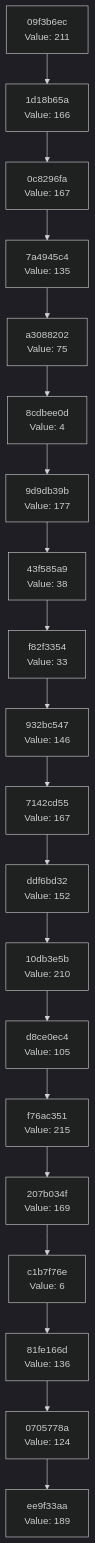
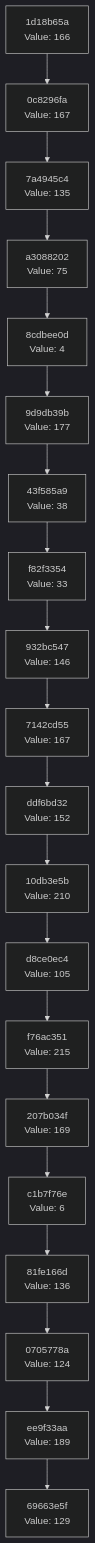
The diagram in docs/CHAIN_VISUALIZATION.md (Abhisheksinha1506/hash-chain-evolver), drawn with Mermaid (dark theme) before and after one commit. The commit also changed 2 other files, not shown here.

Commit message:
Evolution Step

````diff
--- a/docs/CHAIN_VISUALIZATION.md
+++ b/docs/CHAIN_VISUALIZATION.md
@@ -3,42 +3,42 @@
 ```mermaid
 graph TD
-    C0["ee9f33aa<br/>Value: 189"]
-    C1["0705778a<br/>Value: 124"]
+    C0["69663e5f<br/>Value: 129"]
+    C1["ee9f33aa<br/>Value: 189"]
     C1 --> C0
-    C2["81fe166d<br/>Value: 136"]
+    C2["0705778a<br/>Value: 124"]
     C2 --> C1
-    C3["c1b7f76e<br/>Value: 6"]
+    C3["81fe166d<br/>Value: 136"]
     C3 --> C2
-    C4["207b034f<br/>Value: 169"]
+    C4["c1b7f76e<br/>Value: 6"]
     C4 --> C3
-    C5["f76ac351<br/>Value: 215"]
+    C5["207b034f<br/>Value: 169"]
     C5 --> C4
-    C6["d8ce0ec4<br/>Value: 105"]
+    C6["f76ac351<br/>Value: 215"]
     C6 --> C5
-    C7["10db3e5b<br/>Value: 210"]
+    C7["d8ce0ec4<br/>Value: 105"]
     C7 --> C6
-    C8["ddf6bd32<br/>Value: 152"]
+    C8["10db3e5b<br/>Value: 210"]
     C8 --> C7
-    C9["7142cd55<br/>Value: 167"]
+    C9["ddf6bd32<br/>Value: 152"]
     C9 --> C8
-    C10["932bc547<br/>Value: 146"]
+    C10["7142cd55<br/>Value: 167"]
     C10 --> C9
-    C11["f82f3354<br/>Value: 33"]
+    C11["932bc547<br/>Value: 146"]
     C11 --> C10
-    C12["43f585a9<br/>Value: 38"]
+    C12["f82f3354<br/>Value: 33"]
     C12 --> C11
-    C13["9d9db39b<br/>Value: 177"]
+    C13["43f585a9<br/>Value: 38"]
     C13 --> C12
-    C14["8cdbee0d<br/>Value: 4"]
+    C14["9d9db39b<br/>Value: 177"]
     C14 --> C13
-    C15["a3088202<br/>Value: 75"]
+    C15["8cdbee0d<br/>Value: 4"]
     C15 --> C14
-    C16["7a4945c4<br/>Value: 135"]
+    C16["a3088202<br/>Value: 75"]
     C16 --> C15
-    C17["0c8296fa<br/>Value: 167"]
+    C17["7a4945c4<br/>Value: 135"]
     C17 --> C16
-    C18["1d18b65a<br/>Value: 166"]
+    C18["0c8296fa<br/>Value: 167"]
     C18 --> C17
-    C19["09f3b6ec<br/>Value: 211"]
+    C19["1d18b65a<br/>Value: 166"]
     C19 --> C18
 ```
````
